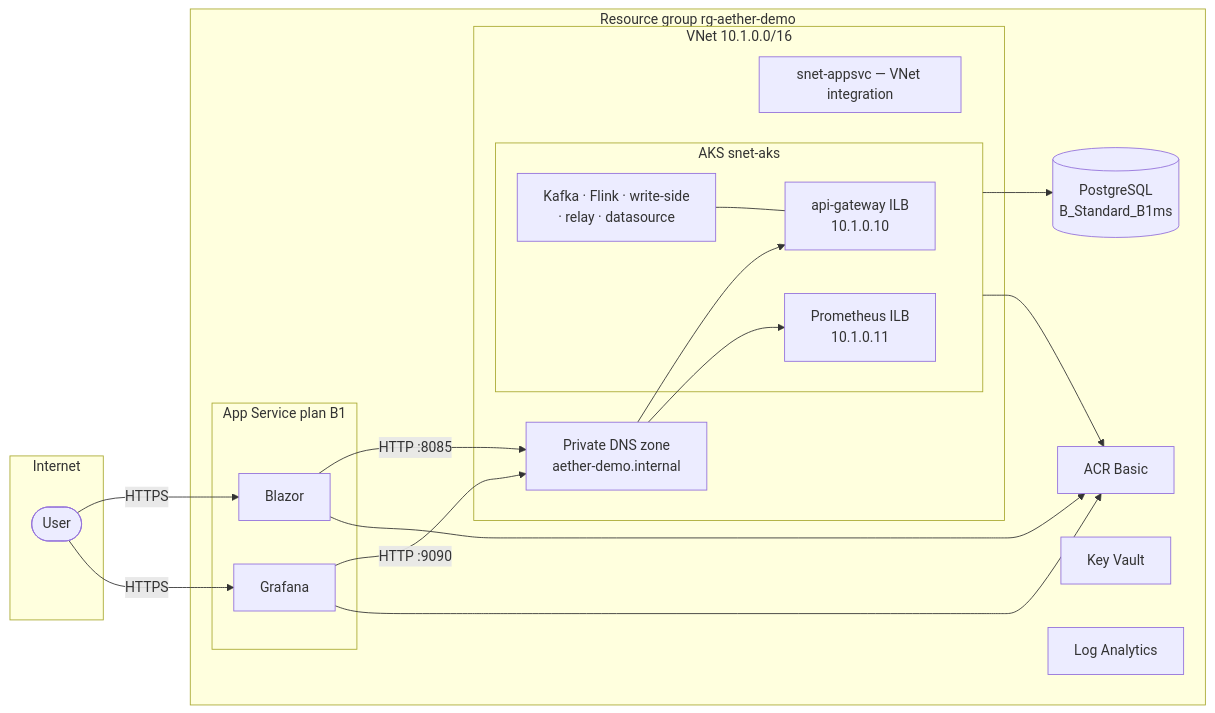
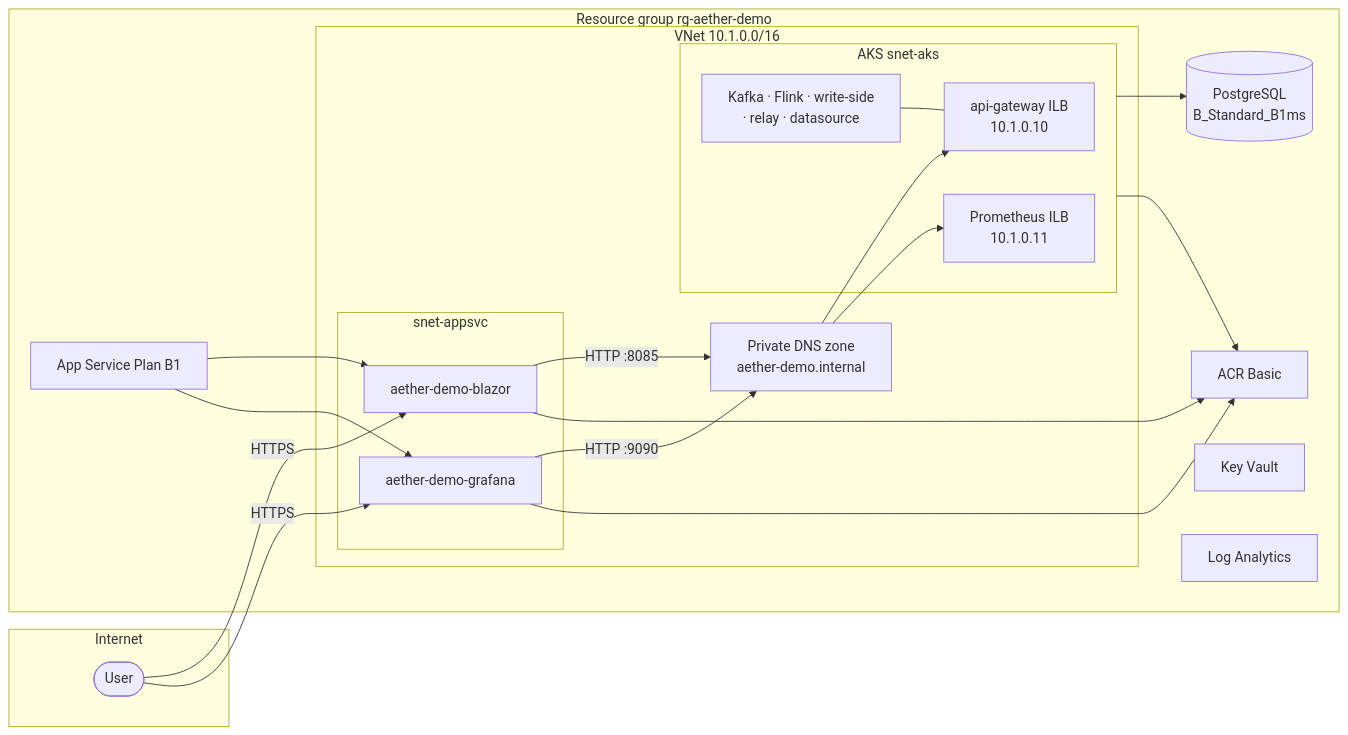
The diagram in infra/terraform/README.md (asaleh-lab/AetherStream), drawn with Mermaid before and after one commit. The commit also changed other lines of this file and 22 other files, not shown here.

First line of the commit message:
feat(infra): switch Azure demo UI to App Service B1

````diff
--- a/infra/terraform/README.md
+++ b/infra/terraform/README.md
@@ -29,43 +29,44 @@
 ```mermaid
 flowchart LR
   subgraph Internet
     U([User])
   end
 
   subgraph RG["Resource group rg-aether-demo"]
-    subgraph Apps["App Service plan B1"]
-      B[Blazor]
-      G[Grafana]
-    end
+    ASP["App Service Plan B1"]
+    BLAZOR["aether-demo-blazor"]
+    GRAF["aether-demo-grafana"]
+    ASP --> BLAZOR
+    ASP --> GRAF
 
     subgraph VNet["VNet 10.1.0.0/16"]
       subgraph AKS["AKS snet-aks"]
         AGW_ILB["api-gateway ILB<br/>10.1.0.10"]
         PROM_ILB["Prometheus ILB<br/>10.1.0.11"]
         PODS["Kafka · Flink · write-side<br/>· relay · datasource"]
       end
-      subgraph AppSvcNet["snet-appsvc — VNet integration"]
-        B
-        G
+      subgraph UiNet["snet-appsvc"]
+        BLAZOR
+        GRAF
       end
       PDNS["Private DNS zone<br/>aether-demo.internal"]
     end
 
     PG[("PostgreSQL<br/>B_Standard_B1ms")]
     ACR["ACR Basic"]
     KV["Key Vault"]
     LAW["Log Analytics"]
   end
 
-  U -->|HTTPS| B
-  U -->|HTTPS| G
-  B -->|HTTP :8085| PDNS
+  U -->|HTTPS| BLAZOR
+  U -->|HTTPS| GRAF
+  BLAZOR -->|HTTP :8085| PDNS
   PDNS --> AGW_ILB
-  G -->|HTTP :9090| PDNS
+  GRAF -->|HTTP :9090| PDNS
   PDNS --> PROM_ILB
   PODS --- AGW_ILB
   AKS --> PG
   AKS --> ACR
-  B --> ACR
-  G --> ACR
+  BLAZOR --> ACR
+  GRAF --> ACR
 ```
````
